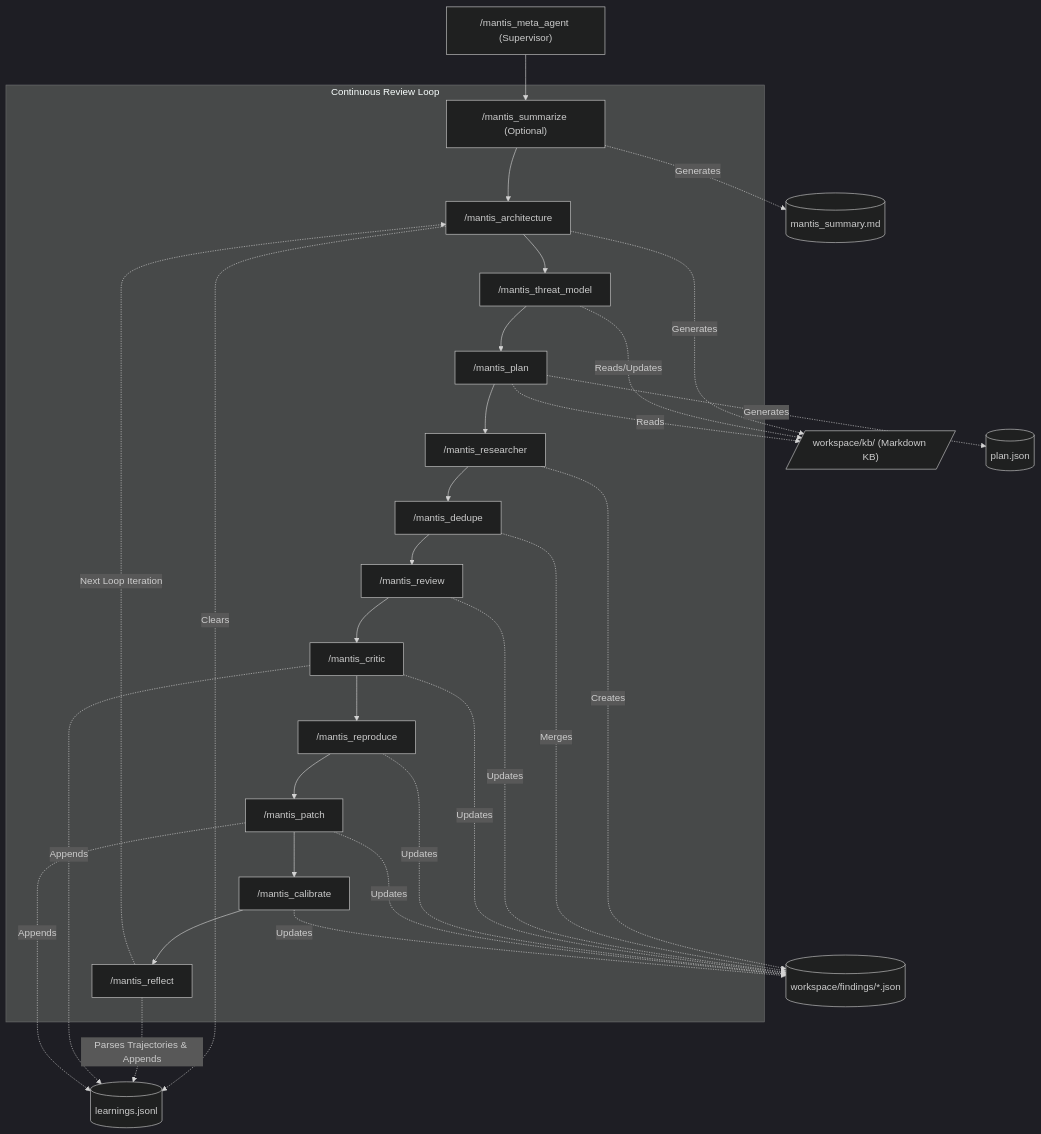
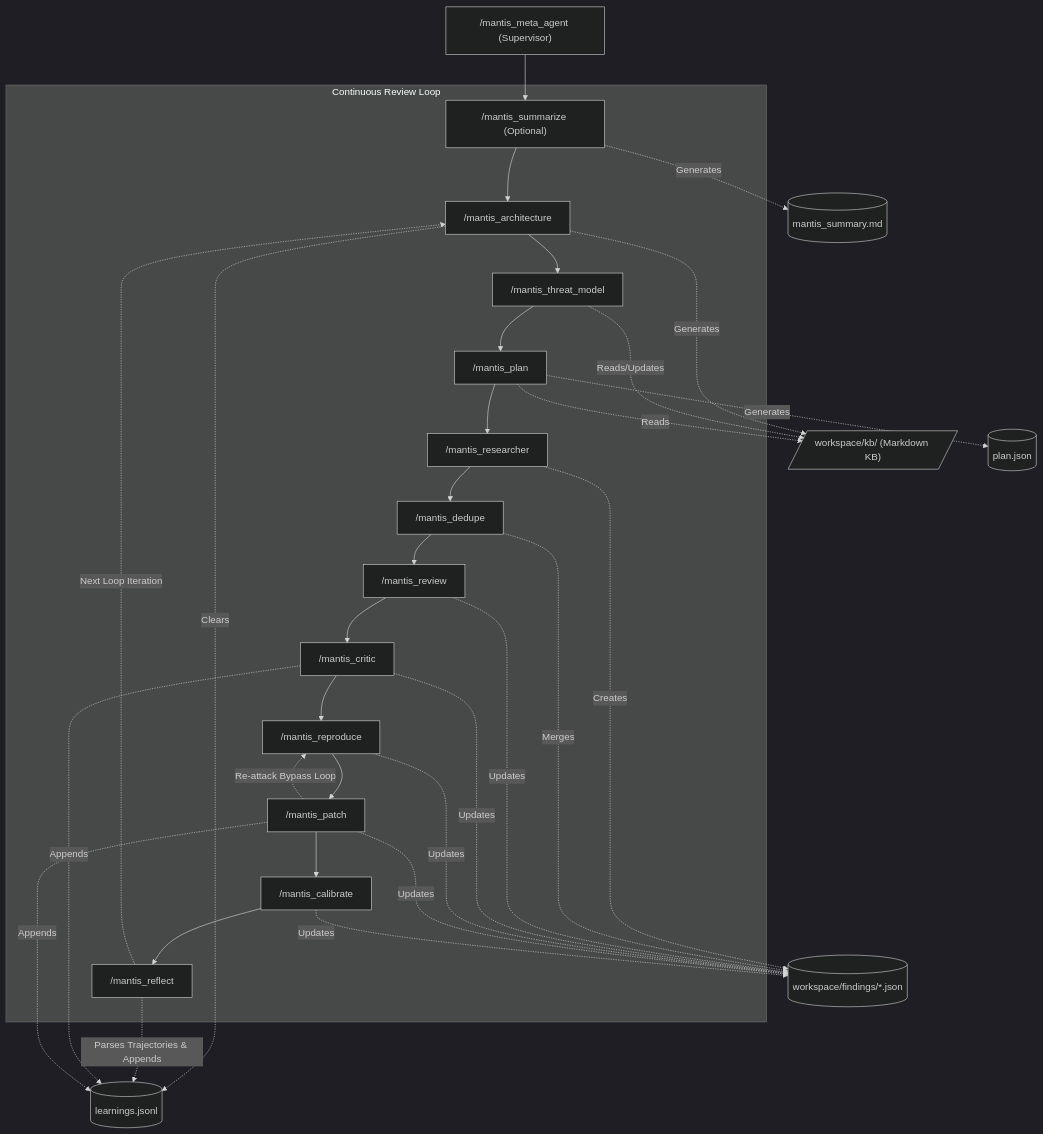
Before and after one commit to anguillanneuf/mantis: the diagram in README.md, drawn with Mermaid (dark theme). The commit also changed 3 other files, not shown here.

````diff
--- a/README.md
+++ b/README.md
@@ -73,58 +73,59 @@
 ```mermaid
 graph TD
     Meta["/mantis_meta_agent (Supervisor)"]
 
     subgraph "Continuous Review Loop"
         Sum["/mantis_summarize (Optional)"]
         Arch["/mantis_architecture"]
         TM["/mantis_threat_model"]
         Plan["/mantis_plan"]
         Res["/mantis_researcher"]
         Ded["/mantis_dedupe"]
         Rev["/mantis_review"]
         Cri["/mantis_critic"]
         Rep["/mantis_reproduce"]
         Pat["/mantis_patch"]
         Cal["/mantis_calibrate"]
         Ref["/mantis_reflect"]
     end
 
     FileSum[("mantis_summary.md")]
     FileKB[/"workspace/kb/ (Markdown KB)"/]
     FilePlan[("plan.json")]
     FileFind[("workspace/findings/*.json")]
     FileLearn[("learnings.jsonl")]
 
     Meta --> Sum
     Sum --> Arch
     Arch --> TM
     TM --> Plan
     Plan --> Res
     Res --> Ded
     Ded --> Rev
     Rev --> Cri
     Cri --> Rep
     Rep --> Pat
+    Pat -.->|Re-attack Bypass Loop| Rep
     Pat --> Cal
     Cal --> Ref
     Ref -.->|Next Loop Iteration| Arch
 
     Sum -.->|Generates| FileSum
     Arch -.->|Generates| FileKB
     Arch -.->|Clears| FileLearn
     TM -.->|Reads/Updates| FileKB
     Plan -.->|Reads| FileKB
     Plan -.->|Generates| FilePlan
 
     Res -.->|Creates| FileFind
     Ded -.->|Merges| FileFind
     Rev -.->|Updates| FileFind
     Cri -.->|Updates| FileFind
     Rep -.->|Updates| FileFind
     Pat -.->|Updates| FileFind
     Cal -.->|Updates| FileFind
 
     Ref -.->|Parses Trajectories & Appends| FileLearn
     Cri -.->|Appends| FileLearn
     Pat -.->|Appends| FileLearn
 ```
````
